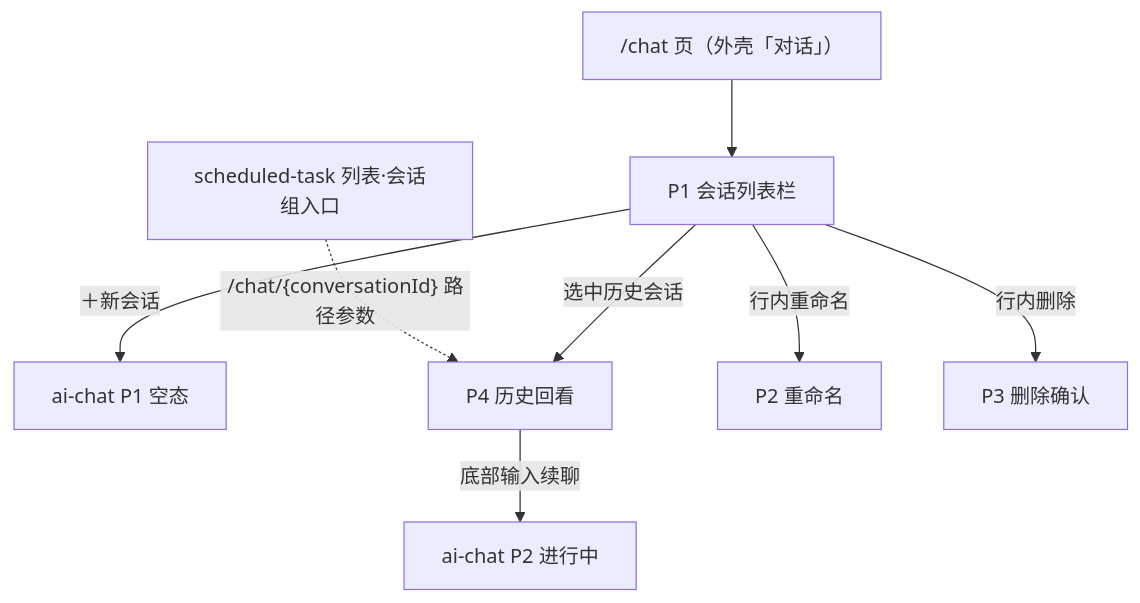
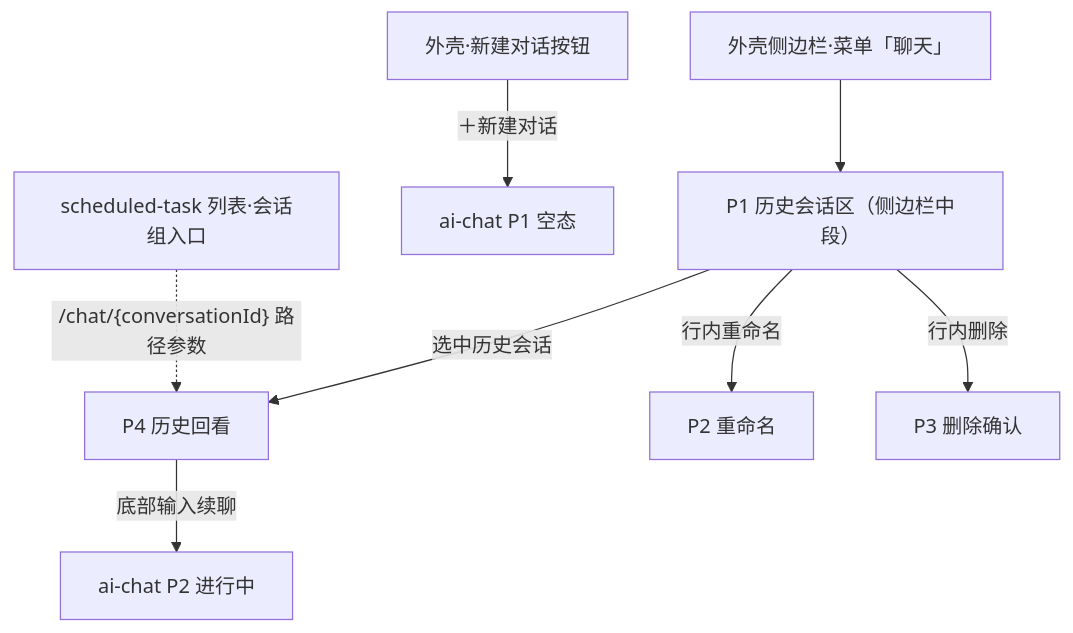
The diagram in designs/chat-conversation/chat-conversation-ia.md (ChiYouIc/ehub-ai-workbench-prd), drawn with Mermaid before and after one commit. The commit also changed other lines of this file and 13 other files, not shown here.

````diff
--- a/designs/chat-conversation/chat-conversation-ia.md
+++ b/designs/chat-conversation/chat-conversation-ia.md
@@ -81,10 +87,10 @@
 ```mermaid
 flowchart TD
-    CHAT["/chat 页（外壳「对话」）"] --> LIST[P1 会话列表栏]
-    LIST -->|＋新会话| NEW[ai-chat P1 空态]
+    CHAT["外壳侧边栏·菜单「聊天」"] --> LIST[P1 历史会话区（侧边栏中段）]
+    SHELL["外壳·新建对话按钮"] -->|＋新建对话| NEW[ai-chat P1 空态]
     LIST -->|选中历史会话| HIST[P4 历史回看]
     HIST -->|底部输入续聊| SSE[ai-chat P2 进行中]
     LIST -->|行内重命名| REN[P2 重命名]
     LIST -->|行内删除| DEL[P3 删除确认]
     TASK[scheduled-task 列表·会话组入口] -.->|"/chat/{conversationId} 路径参数"| HIST
 ```
````
